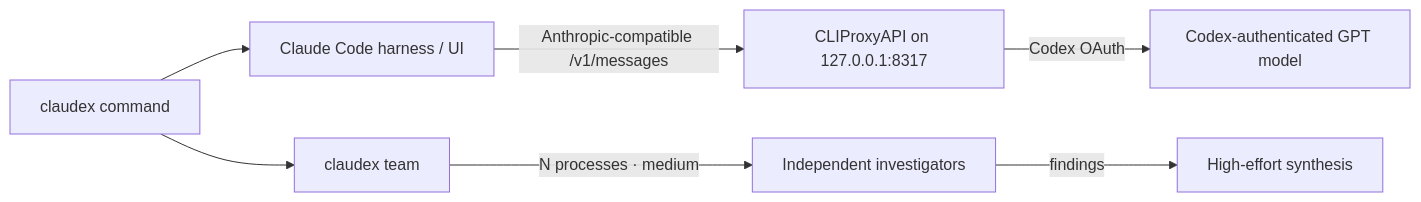
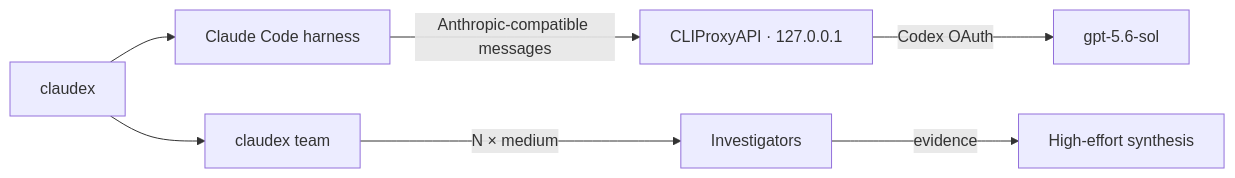
Before and after one commit to wangsiyi7/claudex: the diagram in README.md, drawn with Mermaid. The commit also changed other lines of this file and 3 other files, not shown here.

````diff
--- a/README.md
+++ b/README.md
@@ -138,9 +107,9 @@
 ```mermaid
 flowchart LR
-    U["claudex command"] --> C["Claude Code harness / UI"]
-    C -->|"Anthropic-compatible /v1/messages"| P["CLIProxyAPI on 127.0.0.1:8317"]
-    P -->|"Codex OAuth"| G["Codex-authenticated GPT model"]
+    U["claudex"] --> C["Claude Code harness"]
+    C -->|"Anthropic-compatible messages"| P["CLIProxyAPI · 127.0.0.1"]
+    P -->|"Codex OAuth"| G["gpt-5.6-sol"]
     U --> T["claudex team"]
-    T -->|"N processes · medium"| I["Independent investigators"]
-    I -->|"findings"| S["High-effort synthesis"]
+    T -->|"N × medium"| I["Investigators"]
+    I -->|"evidence"| S["High-effort synthesis"]
 ```
````
